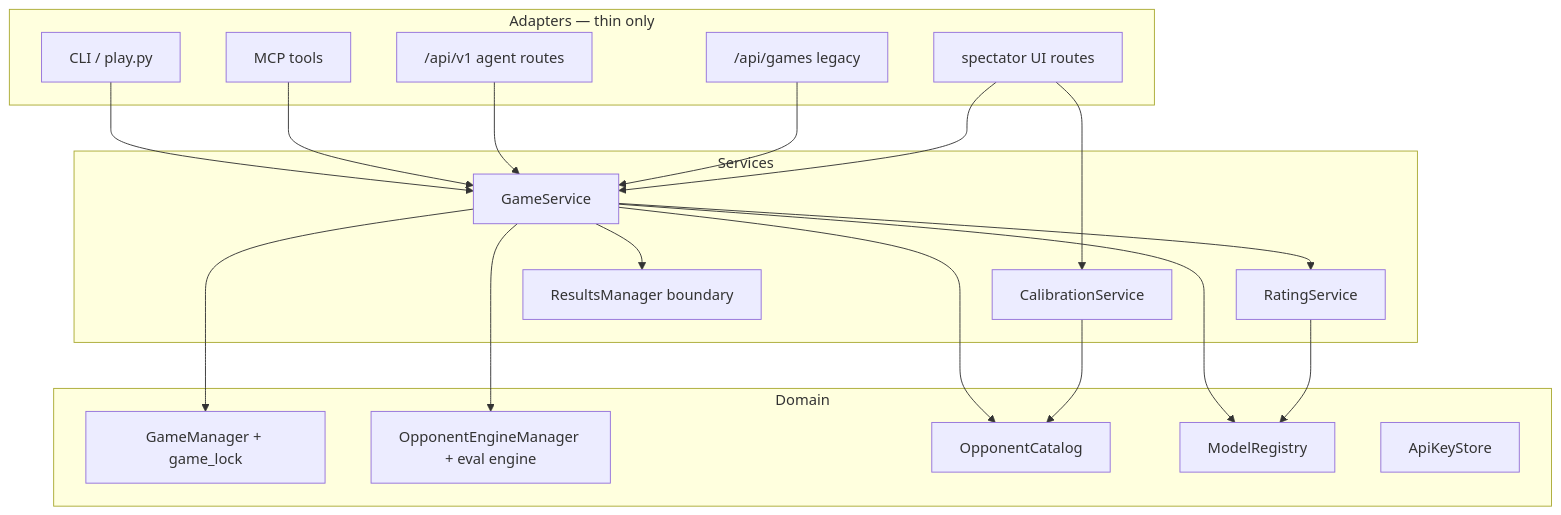
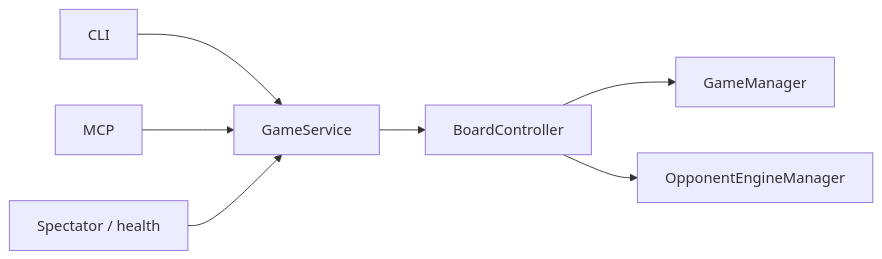
One commit to ishmanashna/chess-vision-harness changed the diagram in docs/roadmap/00-architecture.md. Above: the diagram before and after it, drawn with Mermaid. The commit also changed other lines of this file and 25 other files, not shown here.

First line of the commit message:
Add core docs, quality gate tooling, serial roadmap, and ladder gap fillers.

````diff
--- a/docs/roadmap/00-architecture.md
+++ b/docs/roadmap/00-architecture.md
@@ -67,40 +61,9 @@
 ```mermaid
-flowchart TB
-  subgraph adapters [Adapters — thin only]
-    CLI[CLI / play.py]
-    MCP[MCP tools]
-    API["/api/v1 agent routes"]
-    LEG["/api/games legacy"]
-    WEB[spectator UI routes]
-  end
-
-  subgraph services [Services]
-    GS[GameService]
-    RS[RatingService]
-    CS[CalibrationService]
-    RM[ResultsManager boundary]
-  end
-
-  subgraph domain [Domain]
-    GM[GameManager + game_lock]
-    ENG[OpponentEngineManager + eval engine]
-    OC[OpponentCatalog]
-    MR[ModelRegistry]
-    AK[ApiKeyStore]
-  end
-
-  CLI --> GS
-  MCP --> GS
-  API --> GS
-  LEG --> GS
-  WEB --> GS
-  WEB --> CS
-  GS --> GM
-  GS --> ENG
-  GS --> OC
-  GS --> MR
-  GS --> RS
-  GS --> RM
-  CS --> OC
-  RS --> MR
+flowchart LR
+  CLI[CLI] --> GS[GameService]
+  MCP[MCP] --> GS
+  WEB[Spectator / health] --> GS
+  GS --> BC[BoardController]
+  BC --> GM[GameManager]
+  BC --> ENG[OpponentEngineManager]
 ```
````
